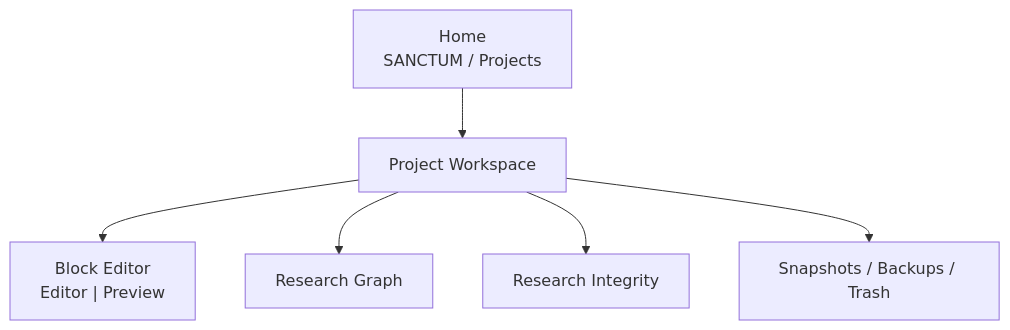
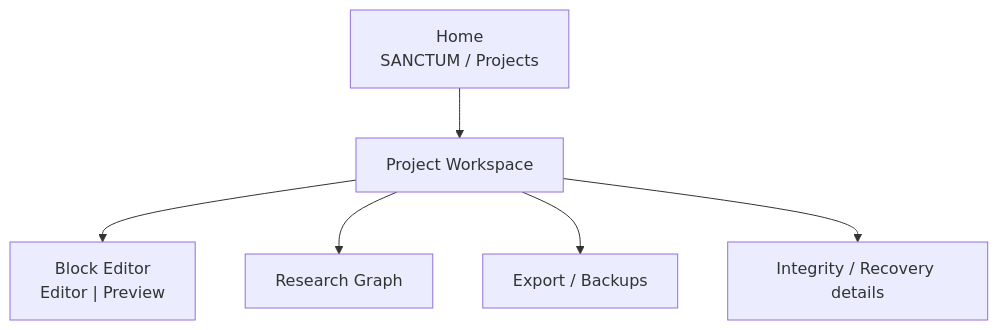
Before and after one commit to ridyvk/Sanctum: the third of 3 diagrams in docs/DESIGN_JA.md, drawn with Mermaid. The commit also changed other lines of this file and 28 other files, not shown here.

Commit message:
Add portable export, automatic backups, and streamlined research UI

````diff
--- a/docs/DESIGN_JA.md
+++ b/docs/DESIGN_JA.md
@@ -182,8 +184,8 @@
 ```mermaid
 flowchart TD
     HOME["Home\nSANCTUM / Projects"] --> WORK["Project Workspace"]
     WORK --> EDIT["Block Editor\nEditor | Preview"]
     WORK --> GRAPH["Research Graph"]
-    WORK --> INTEGRITY["Research Integrity"]
-    WORK --> RECOVERY["Snapshots / Backups / Trash"]
+    WORK --> DATA["Export / Backups"]
+    WORK --> DETAIL["Integrity / Recovery details"]
 ```
````
